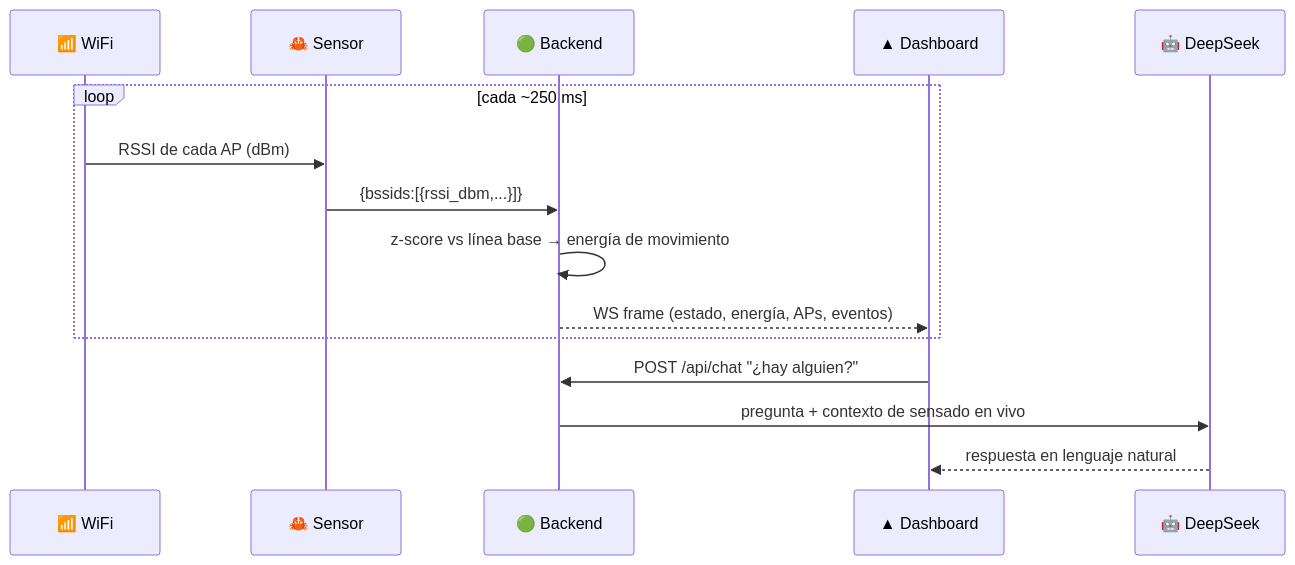
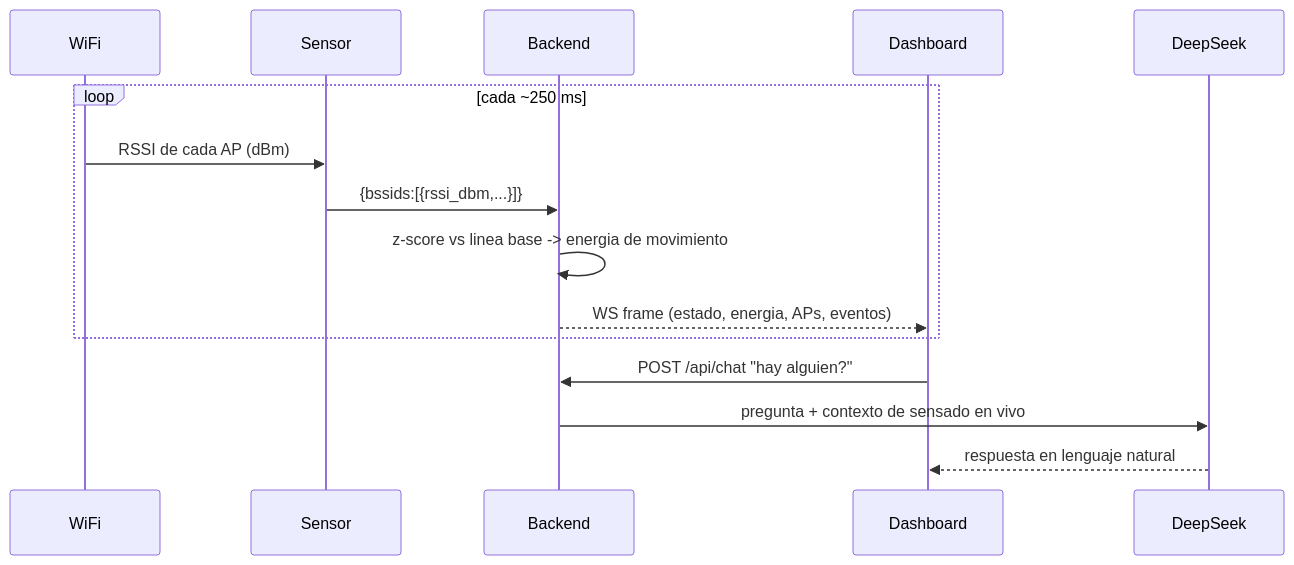
One commit to DevCristobalvc/ruview-wifi-sensing-poc changed the third of 4 diagrams in README.md. Above: the diagram before and after it, drawn with Mermaid. The commit also changed other lines of this file and 4 other files, not shown here.

Commit message:
QA + robustez: sin emojis (frontend, docs, agente); ruta del sensor portable (relativa); README con diagramas de arquitectura, componentes y flujo (secuencia + algoritmo); agente instruido a no usar emojis

````diff
--- a/README.md
+++ b/README.md
@@ -53,17 +83,17 @@
 ```mermaid
 sequenceDiagram
-    participant W as 📶 WiFi
-    participant S as 🦀 Sensor
-    participant B as 🟢 Backend
-    participant F as ▲ Dashboard
-    participant D as 🤖 DeepSeek
+    participant W as WiFi
+    participant S as Sensor
+    participant B as Backend
+    participant F as Dashboard
+    participant D as DeepSeek
     loop cada ~250 ms
         W->>S: RSSI de cada AP (dBm)
         S->>B: {bssids:[{rssi_dbm,...}]}
-        B->>B: z-score vs línea base → energía de movimiento
-        B-->>F: WS frame (estado, energía, APs, eventos)
+        B->>B: z-score vs linea base -> energia de movimiento
+        B-->>F: WS frame (estado, energia, APs, eventos)
     end
-    F->>B: POST /api/chat "¿hay alguien?"
+    F->>B: POST /api/chat "hay alguien?"
     B->>D: pregunta + contexto de sensado en vivo
     D-->>F: respuesta en lenguaje natural
 ```
````
